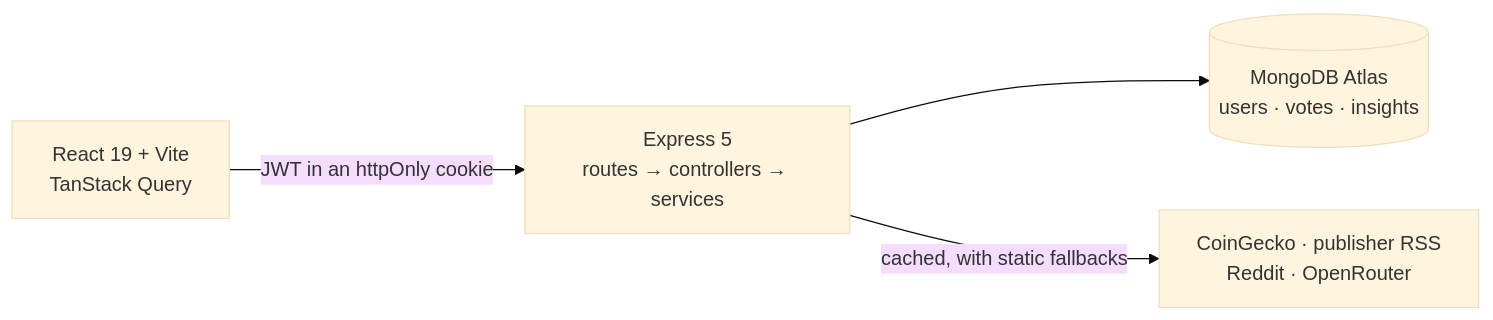
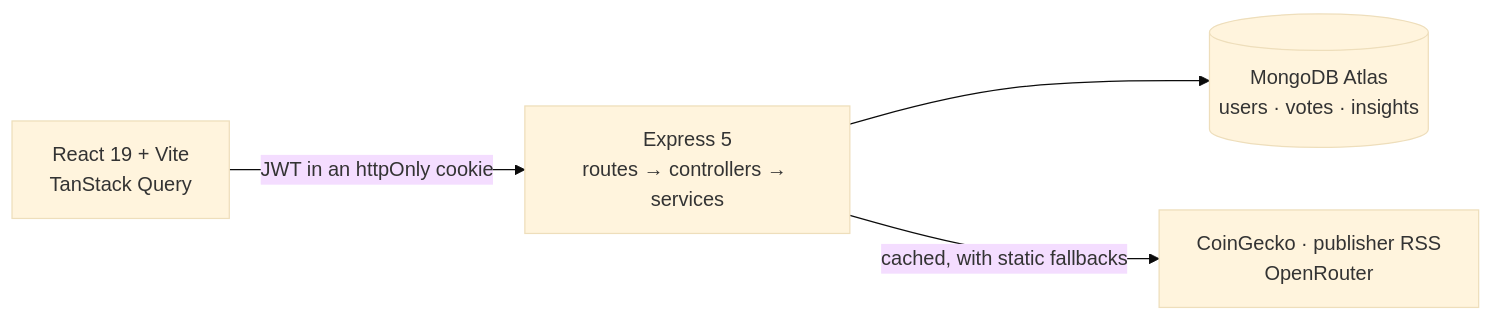
Before and after one commit to EdenIvgi/ai-crypto-advisor: the diagram in README.md, drawn with Mermaid (base theme). The commit also changed other lines of this file and 14 other files, not shown here.

````diff
--- a/README.md
+++ b/README.md
@@ -96,11 +97,11 @@
 ```mermaid
 flowchart LR
     Browser["React 19 + Vite<br/>TanStack Query"]
     API["Express 5<br/>routes → controllers → services"]
     DB[("MongoDB Atlas<br/>users · votes · insights")]
-    Ext["CoinGecko · publisher RSS<br/>Reddit · OpenRouter"]
+    Ext["CoinGecko · publisher RSS<br/>OpenRouter"]
 
     Browser -- "JWT in an httpOnly cookie" --> API
     API --> DB
     API -- "cached, with static fallbacks" --> Ext
 ```
````
